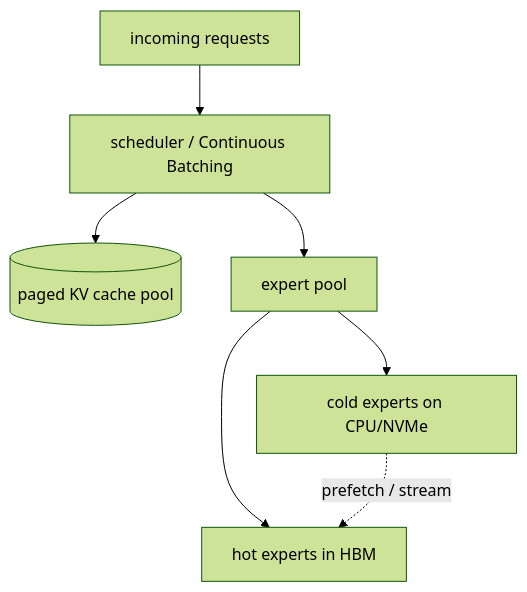
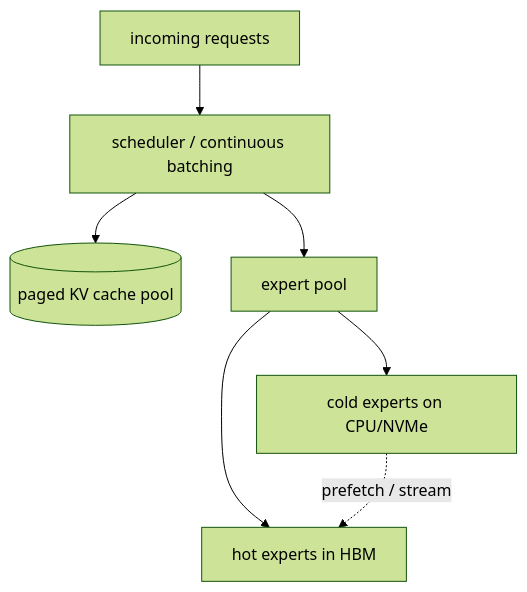
Before and after one commit to youyun8/deep-kernel-handbook: the diagram in docs/moe/inference-serving.md, drawn with Mermaid (forest theme). The commit also changed other lines of this file and 43 other files, not shown here.

````diff
--- a/docs/moe/inference-serving.md
+++ b/docs/moe/inference-serving.md
@@ -57,9 +63,9 @@
 ```mermaid
 flowchart TD
-    req[incoming requests] --> sched[scheduler / Continuous Batching]
+    req[incoming requests] --> sched[scheduler / continuous batching]
     sched --> kv[(paged KV cache pool)]
     sched --> ep[expert pool]
     ep --> hot[hot experts in HBM]
     ep --> cold[cold experts on CPU/NVMe]
     cold -.prefetch / stream.-> hot
 ```
````
